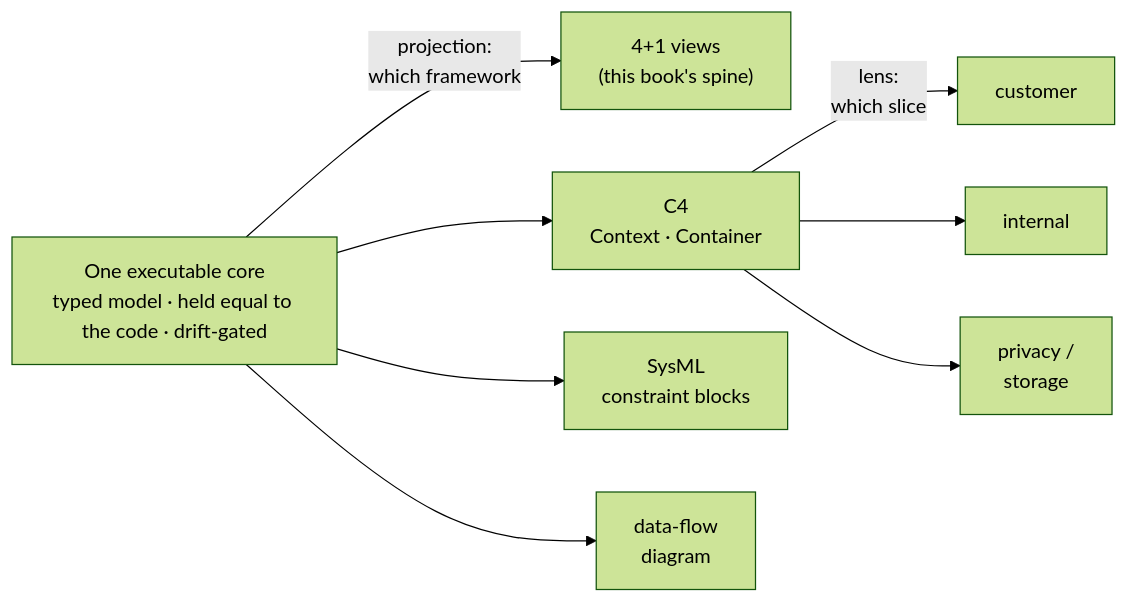
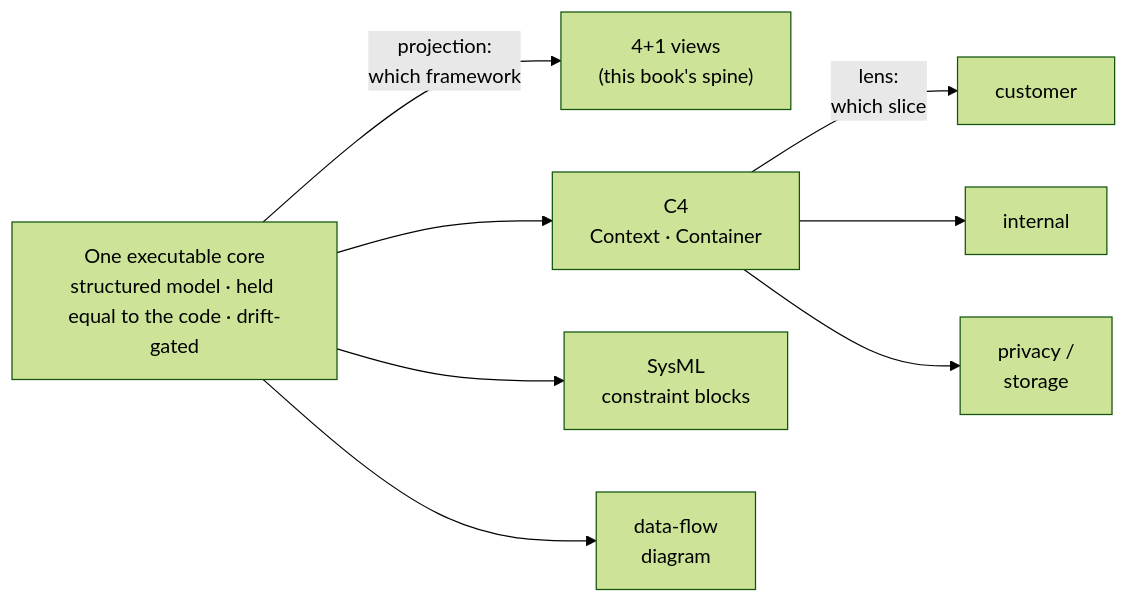
The diagram in book/part3/3.1-the-executable-zoo.md (davisjam/agent-governance-mechanisms), drawn with Mermaid (forest theme) before and after one commit. The commit also changed other lines of this file and 192 other files, not shown here.

````diff
--- a/book/part3/3.1-the-executable-zoo.md
+++ b/book/part3/3.1-the-executable-zoo.md
@@ -180,13 +180,13 @@
 ```mermaid
 flowchart LR
-    CORE["One executable core<br/>typed model · held equal to the code · drift-gated"]
+    CORE["One executable core<br/>structured model · held equal to the code · drift-gated"]
     CORE -->|"projection:<br/>which framework"| KRU["4+1 views<br/>(this book's spine)"]
     CORE --> C4["C4<br/>Context · Container"]
     CORE --> SYSML["SysML<br/>constraint blocks"]
     CORE --> DFD["data-flow<br/>diagram"]
     C4 -->|"lens:<br/>which slice"| CUST["customer"]
     C4 --> INT["internal"]
     C4 --> PRIV["privacy /<br/>storage"]
     accTitle: One core, two projection axes — framework and lens
     accDescr: One executable core sits at the left. A first fan of arrows, labelled "projection: which framework", reaches four sibling renderings of that one core — Kruchten's 4+1 views (this book's spine), C4 (Context and Container), SysML constraint blocks, and a data-flow diagram. From the C4 node a second fan, labelled "lens: which slice", reaches three views of the same derived content — customer, internal, and privacy/storage. Both fans are projections off the one core: choosing a framework, and choosing a lens within it, are rendering decisions, never a second model to maintain.
 ```
````
